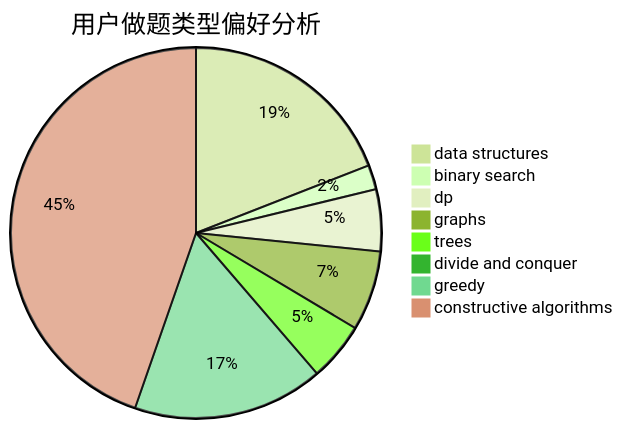
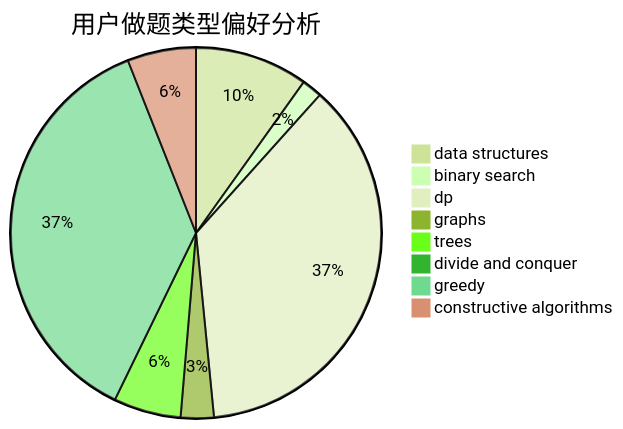
One commit to sherpahu/cfrs.github.io changed the second of 3 diagrams in docs/user/u541.md. Above: the diagram before and after it, drawn with Mermaid (forest theme). The commit also changed other lines of this file and 2770 other files, not shown here.

````diff
--- a/docs/user/u541.md
+++ b/docs/user/u541.md
@@ -23,11 +23,11 @@
 ```mermaid
 pie title 用户做题类型偏好分析
-    "data structures" :  134
-    "binary search" :  15
-    "dp" :  38
-    "graphs" :  49
-    "trees" :  36
-    "divide and conquer" :  1
-    "greedy" :  117
-    "constructive algorithms" :  314
+    "data structures" :  89
+    "binary search" :  16
+    "dp" :  332
+    "graphs" :  26
+    "trees" :  53
+    "divide and conquer" :  0
+    "greedy" :  332
+    "constructive algorithms" :  54
 ```
````
